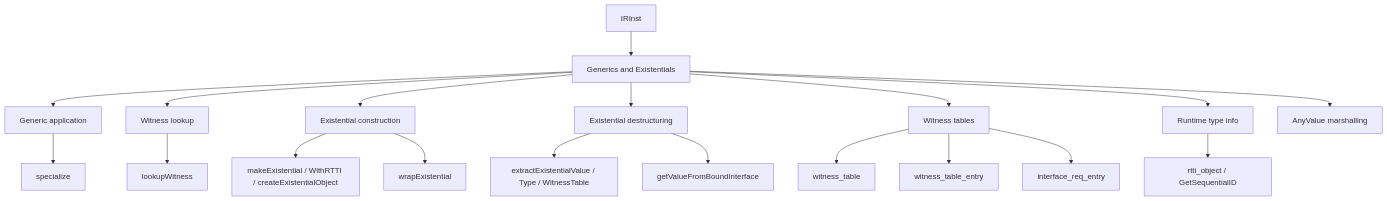
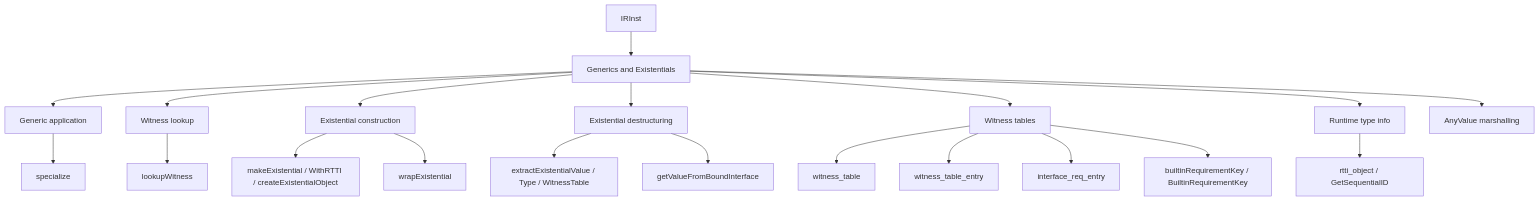
The diagram in docs/generated/design/ir-reference/generics-and-existentials.md (shader-slang/slang), drawn with Mermaid before and after one commit. The commit also changed other lines of this file and 143 other files, not shown here.

````diff
--- a/docs/generated/design/ir-reference/generics-and-existentials.md
+++ b/docs/generated/design/ir-reference/generics-and-existentials.md
@@ -60,21 +66,22 @@
 ```mermaid
 flowchart TD
   IRInst --> GenEx[Generics and Existentials]
   GenEx --> GenericApp[Generic application]
   GenEx --> WitnessLookup[Witness lookup]
   GenEx --> ExConstruct[Existential construction]
   GenEx --> ExDestruct[Existential destructuring]
   GenEx --> WitnessTables[Witness tables]
   GenEx --> RTTI[Runtime type info]
   GenEx --> AnyValue[AnyValue marshalling]
   GenericApp --> specialize
   WitnessLookup --> lookupWitness
   ExConstruct --> makeExistentialNode["makeExistential / WithRTTI / createExistentialObject"]
   ExConstruct --> wrapExistential
   ExDestruct --> extractExistential["extractExistentialValue / Type / WitnessTable"]
   ExDestruct --> getValueFromBoundInterface
   WitnessTables --> witness_table
   WitnessTables --> witness_table_entry
   WitnessTables --> interface_req_entry
+  WitnessTables --> builtinReqKeyNode["builtinRequirementKey / BuiltinRequirementKey"]
   RTTI --> rtti_objectNode["rtti_object / GetSequentialID"]
 ```
````
